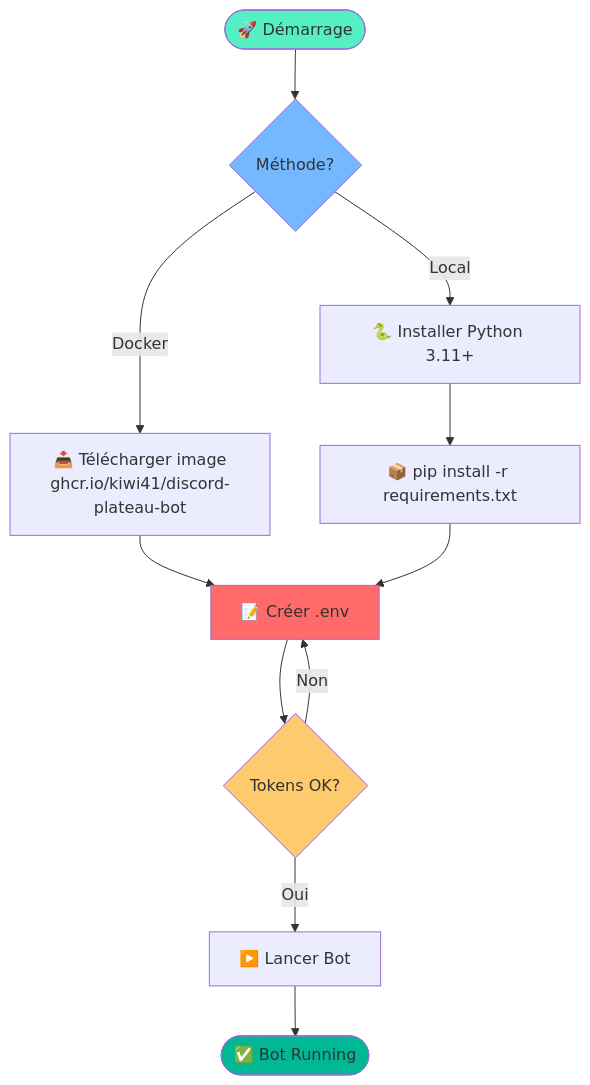
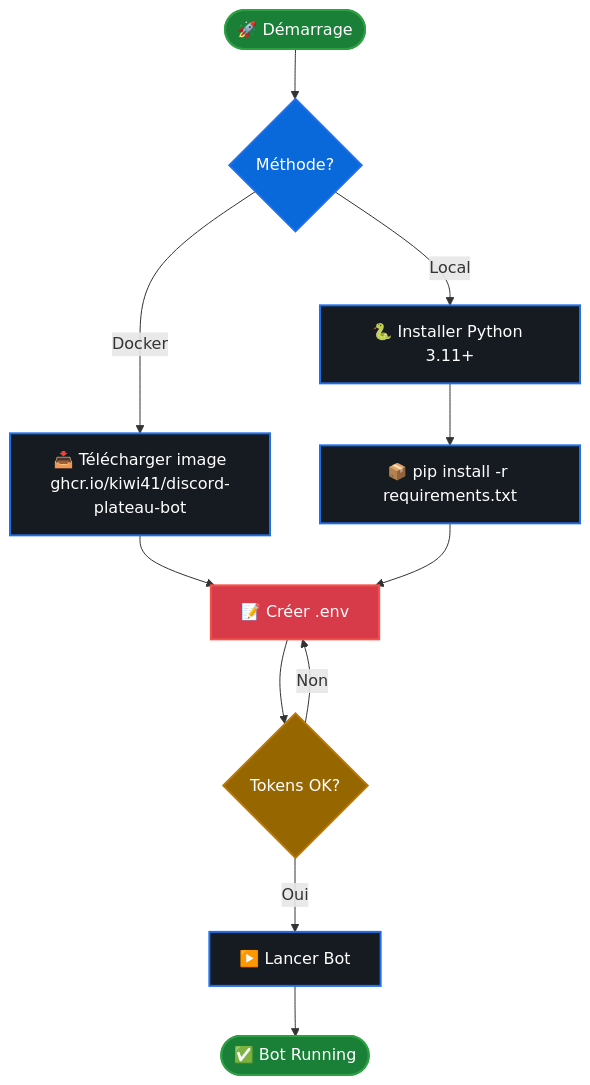
The second of 3 diagrams in README.md (Kiwi41/discord-plateau-bot), drawn with Mermaid before and after one commit. The commit also changed other lines of this file and 8 other files, not shown here.

Commit message:
docs: Improve Mermaid diagrams visibility for dark theme

````diff
--- a/README.md
+++ b/README.md
@@ -36,23 +39,27 @@
 ```mermaid
 flowchart TD
     START([🚀 Démarrage]) --> CHOICE{Méthode?}
     
     CHOICE -->|Docker| D1[📥 Télécharger image<br/>ghcr.io/kiwi41/discord-plateau-bot]
     CHOICE -->|Local| L1[🐍 Installer Python 3.11+]
     
     D1 --> D2[📝 Créer .env]
     L1 --> L2[📦 pip install -r requirements.txt]
     L2 --> D2
     
     D2 --> D3{Tokens OK?}
     D3 -->|Non| D2
     D3 -->|Oui| D4[▶️ Lancer Bot]
     
     D4 --> SUCCESS([✅ Bot Running])
     
-    style START fill:#55efc4
-    style CHOICE fill:#74b9ff
-    style D2 fill:#ff6b6b
-    style D3 fill:#fdcb6e
-    style SUCCESS fill:#00b894
+    style START fill:#1a7f37,stroke:#2ea043,stroke-width:2px,color:#fff
+    style CHOICE fill:#0969da,stroke:#1f6feb,stroke-width:2px,color:#fff
+    style D1 fill:#161b22,stroke:#1f6feb,stroke-width:2px,color:#fff
+    style L1 fill:#161b22,stroke:#1f6feb,stroke-width:2px,color:#fff
+    style D2 fill:#d73a49,stroke:#f85149,stroke-width:2px,color:#fff
+    style L2 fill:#161b22,stroke:#1f6feb,stroke-width:2px,color:#fff
+    style D3 fill:#966600,stroke:#bb7700,stroke-width:2px,color:#fff
+    style D4 fill:#161b22,stroke:#1f6feb,stroke-width:2px,color:#fff
+    style SUCCESS fill:#1a7f37,stroke:#2ea043,stroke-width:2px,color:#fff
 ```
````
